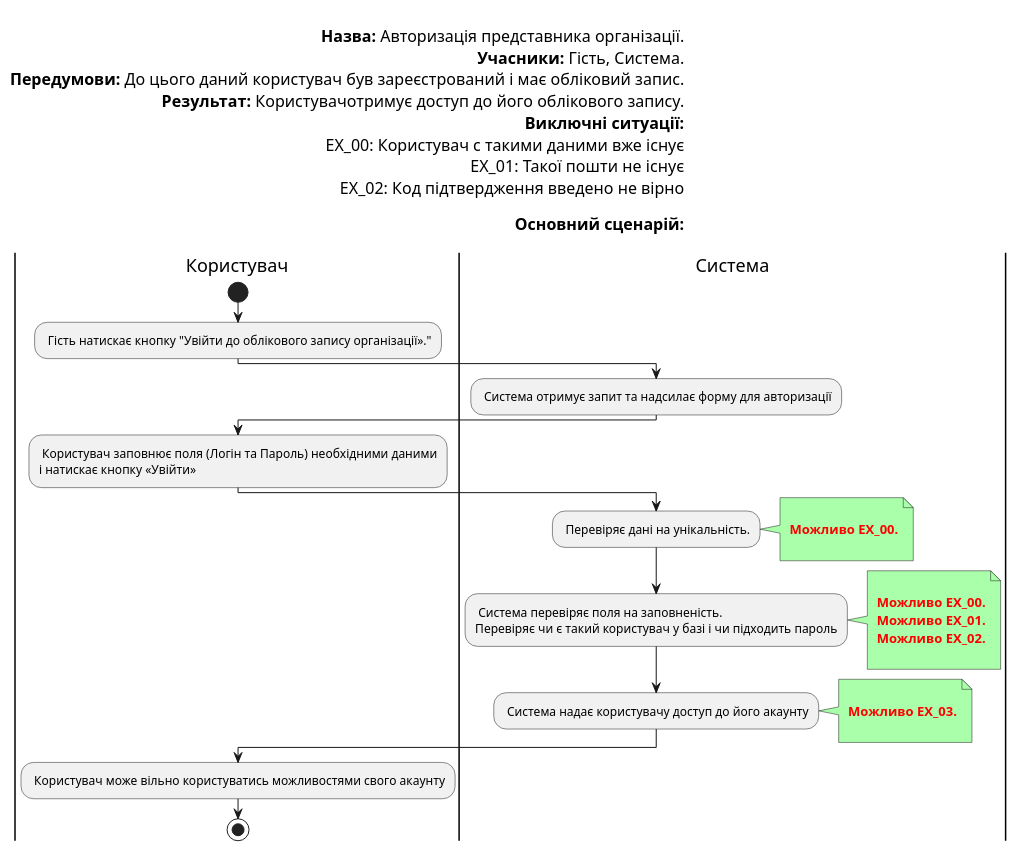
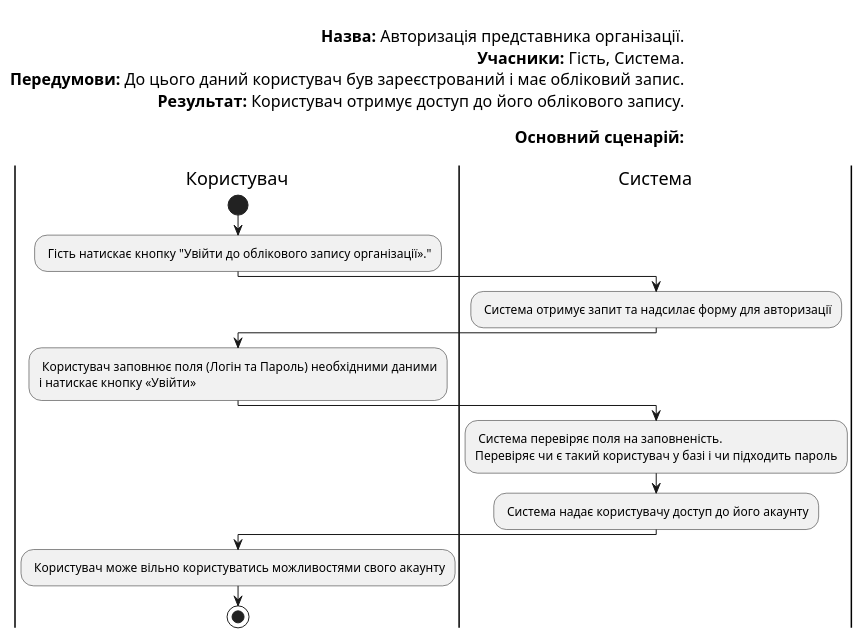
The diagram in UML/guest/Diagrams/authorization_organization.pu (nickname038/kpi-db-subgroup), drawn with PlantUML before and after one commit.

```diff
--- a/UML/guest/Diagrams/authorization_organization.pu
+++ b/UML/guest/Diagrams/authorization_organization.pu
@@ -1,64 +1,40 @@
 @startuml
 left header
 
 <font color=000 size=16><b>Назва:</b> Авторизація представника організації.
 <font color=000 size=16><b>Учасники:</b> Гість, Система.
 <font color=000 size=16><b>Передумови:</b> До цього даний користувач був зареєстрований і має обліковий запис.
-<font color=000 size=16><b>Результат:</b> Користувачотримує доступ до його облікового запису.
-<font color=000 size=16><b>Виключні ситуації:</b>
-<font color=000 size=16> EX_00: Користувач с такими даними вже існує
-<font color=000 size=16> EX_01: Такої пошти не існує
-<font color=000 size=16> EX_02: Код підтвердження введено не вірно
+<font color=000 size=16><b>Результат:</b> Користувач отримує доступ до його облікового запису.
 
 <font color=000 size=16><b>Основний сценарій:</b>
 
 end header
 
 |Користувач|
 start
 : Гість натискає кнопку "Увійти до облікового запису організації».";
 |Система|
 
 : Система отримує запит та надсилає форму для авторизації;
 
 |Користувач|
 
 : Користувач заповнює поля (Логін та Пароль) необхідними даними
 і натискає кнопку «Увійти»;
 
 
 |Система|
 
-: Перевіряє дані на унікальність.;
-note right #aaffaa
-
-<font color=red><b> Можливо EX_00.
-
-end note
-
 : Система перевіряє поля на заповненість. 
 Перевіряє чи є такий користувач у базі і чи підходить пароль;
 
-note right #aaffaa
-
-<font color=red><b> Можливо EX_00.
-<font color=red><b> Можливо EX_01.
-<font color=red><b> Можливо EX_02.
-
-end note
-
 : Система надає користувачу доступ до його акаунту;
-note right #aaffaa
-
-<font color=red><b> Можливо EX_03.
-
-end note
 
 |Користувач|
 
 : Користувач може вільно користуватись можливостями свого акаунту;
 
 
 |Користувач|
 stop;
 @enduml
```
